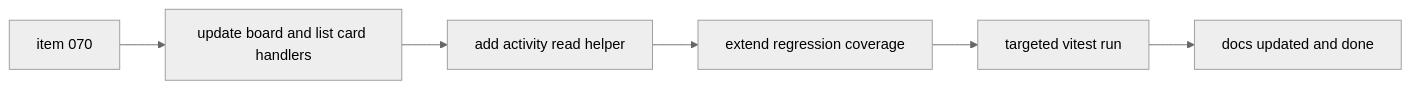
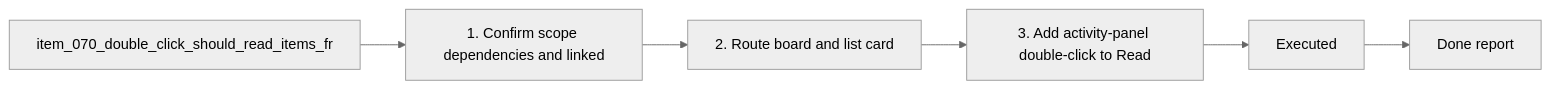
The diagram in logics/tasks/task_072_double_click_should_read_items_from_list_board_and_activity.md (AlexAgo83/logics-manager), drawn with Mermaid (neutral theme) before and after one commit. The commit also changed other lines of this file and 481 other files, not shown here.

````diff
--- a/logics/tasks/task_072_double_click_should_read_items_from_list_board_and_activity.md
+++ b/logics/tasks/task_072_double_click_should_read_items_from_list_board_and_activity.md
@@ -21,9 +22,10 @@
 ```mermaid
+%% logics-kind: task
 %% logics-signature: task|double-click-should-read-items-from-list|item-070-double-click-should-read-items-|1-confirm-scope-dependencies-and-linked|executed
 flowchart LR
-    Backlog[item 070] --> Step1[update board and list card handlers]
-    Step1 --> Step2[add activity read helper]
-    Step2 --> Step3[extend regression coverage]
-    Step3 --> Validation[targeted vitest run]
-    Validation --> Report[docs updated and done]
+    Backlog[item_070_double_click_should_read_items_fr] --> Step1[1. Confirm scope dependencies and linked]
+    Step1 --> Step2[2. Route board and list card]
+    Step2 --> Step3[3. Add activity-panel double-click to Read]
+    Step3 --> Validation[Executed]
+    Validation --> Report[Done report]
 ```
````
